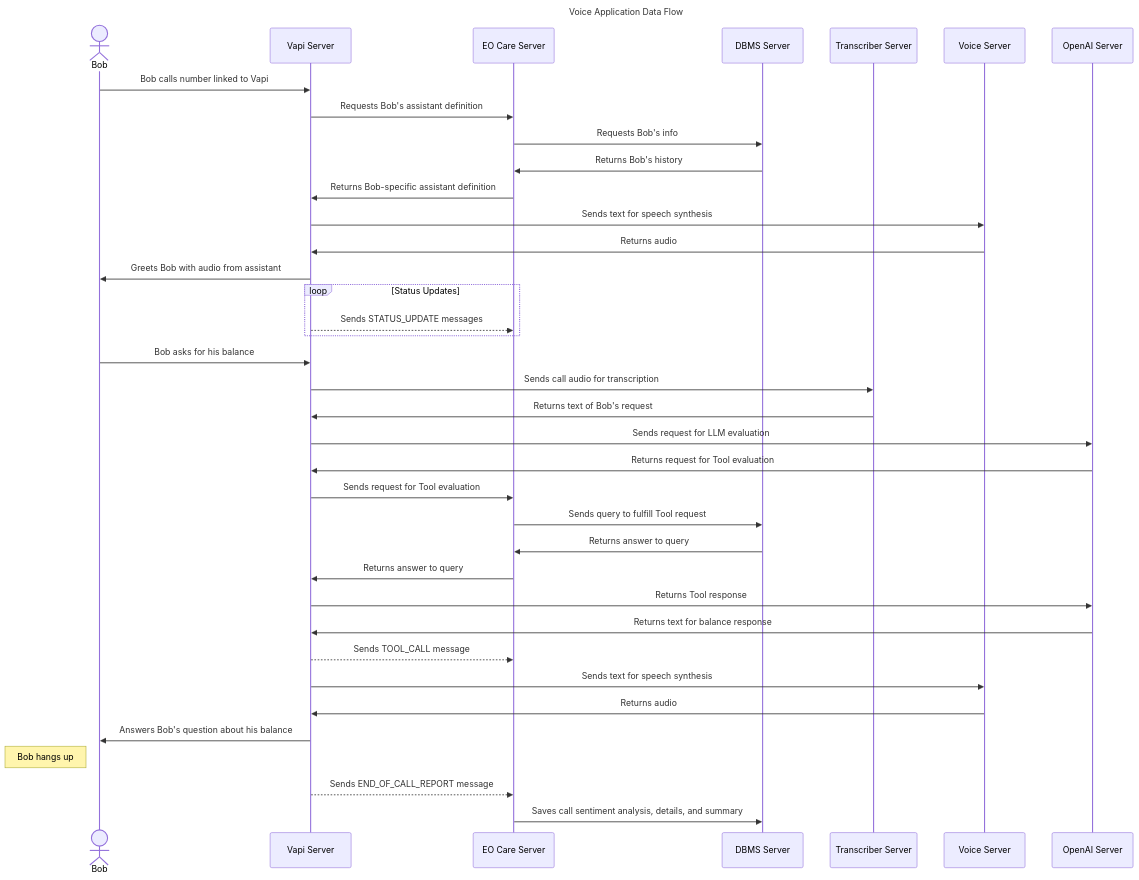
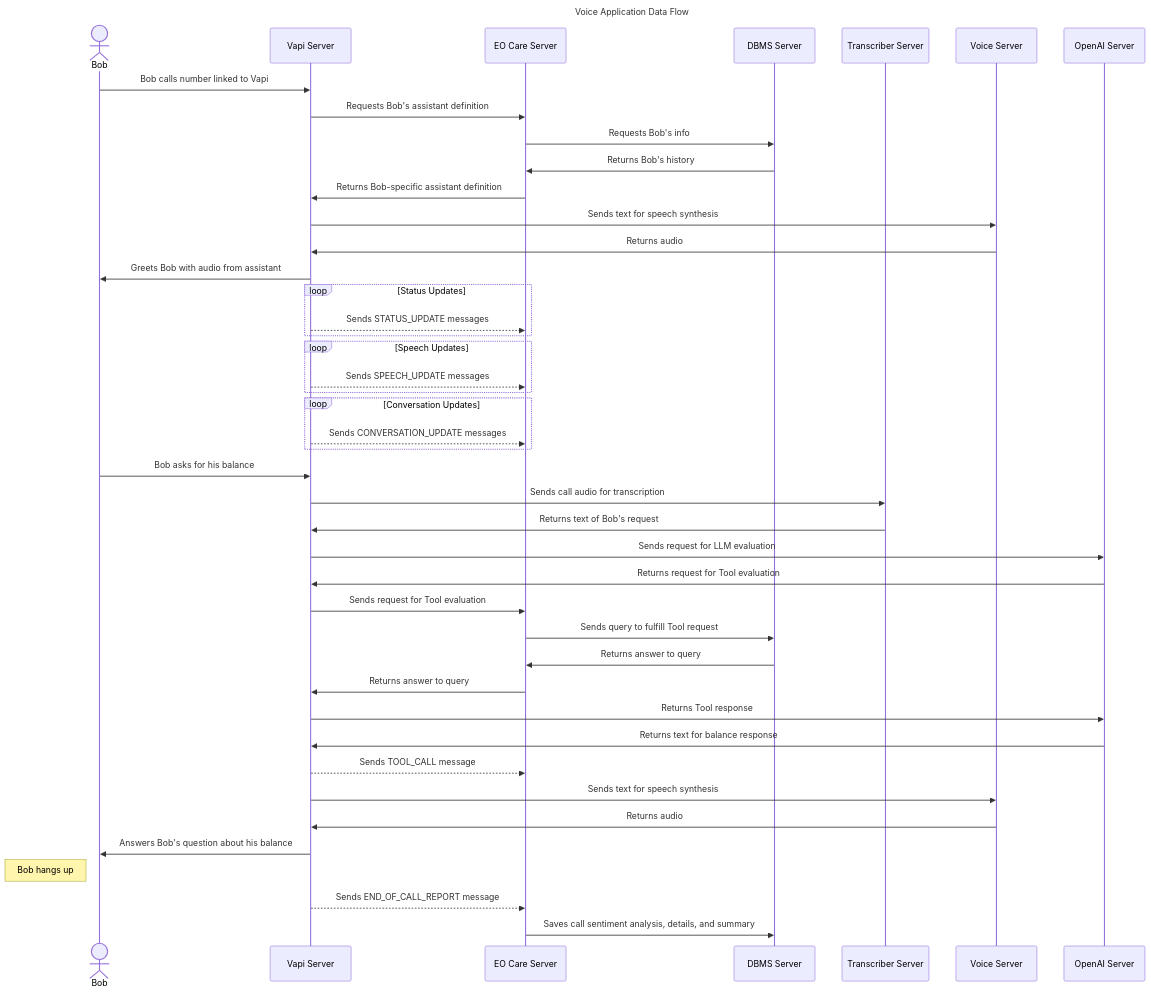
The diagram in docs/Call-Flow.mmd (mattbobambrose/vapi4k), drawn with Mermaid before and after one commit. The commit also changed 30 other files, not shown here.

```diff
--- a/docs/Call-Flow.mmd
+++ b/docs/Call-Flow.mmd
@@ -1,40 +1,46 @@
 sequenceDiagram
     title Voice Application Data Flow
     actor Bob
     participant vapi as Vapi Server
     participant eocare as EO Care Server
     participant dbms as DBMS Server
     participant transcriber as Transcriber Server
     participant voice as Voice Server
     participant openai as OpenAI Server
     Bob ->> vapi: Bob calls number linked to Vapi
     vapi ->> eocare: Requests Bob's assistant definition
     eocare ->> dbms: Requests Bob's info
     dbms ->> eocare: Returns Bob's history
     eocare ->> vapi: Returns Bob-specific assistant definition
     vapi ->> voice: Sends text for speech synthesis
     voice ->> vapi: Returns audio
     vapi ->> Bob: Greets Bob with audio from assistant
 
     loop Status Updates
         vapi -->> eocare: Sends STATUS_UPDATE messages
     end
+    loop Speech Updates
+        vapi -->> eocare: Sends SPEECH_UPDATE messages
+    end
+    loop Conversation Updates
+        vapi -->> eocare: Sends CONVERSATION_UPDATE messages
+    end
 
     Bob ->> vapi: Bob asks for his balance
     vapi ->> transcriber: Sends call audio for transcription
     transcriber ->> vapi: Returns text of Bob's request
     vapi ->> openai: Sends request for LLM evaluation
     openai ->> vapi: Returns request for Tool evaluation
     vapi ->> eocare: Sends request for Tool evaluation
     eocare ->> dbms: Sends query to fulfill Tool request
     dbms ->> eocare: Returns answer to query
     eocare ->> vapi: Returns answer to query
     vapi ->> openai: Returns Tool response
     openai ->> vapi: Returns text for balance response
     vapi -->> eocare: Sends TOOL_CALL message
     vapi ->> voice: Sends text for speech synthesis
     voice ->> vapi: Returns audio
     vapi ->> Bob: Answers Bob's question about his balance
     Note left of Bob: Bob hangs up
     vapi -->> eocare: Sends END_OF_CALL_REPORT message
     eocare ->> dbms: Saves call sentiment analysis, details, and summary
```
